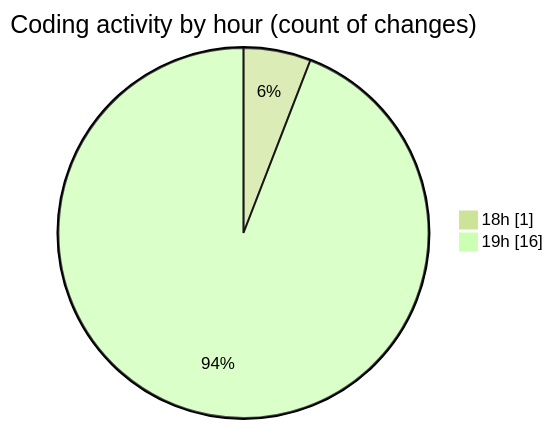
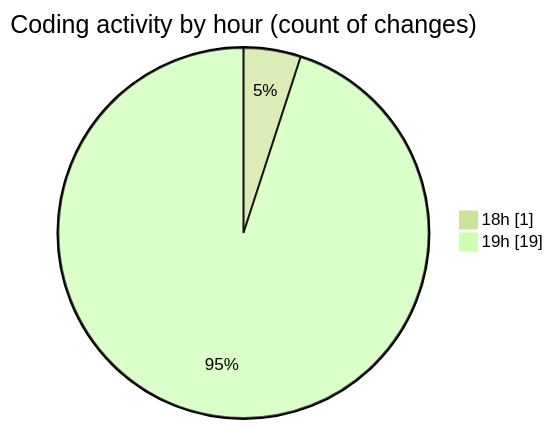
Before and after one commit to Netris89/code-tracking: the second of 2 diagrams in 2025-03-30/front-end/README.md, drawn with Mermaid (forest theme). The commit also changed other lines of this file and 1 other file, not shown here.

````diff
--- a/2025-03-30/front-end/README.md
+++ b/2025-03-30/front-end/README.md
@@ -33,6 +33,6 @@
 ```mermaid
 pie showData
 title Coding activity by hour (count of changes)
 "18h" : 1
-"19h" : 16
+"19h" : 19
 ```
````
